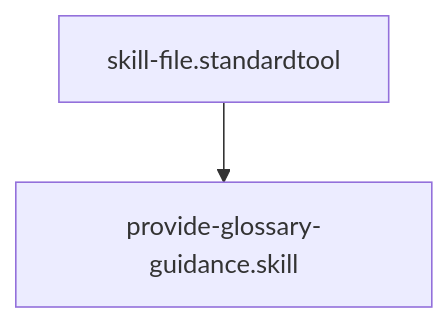
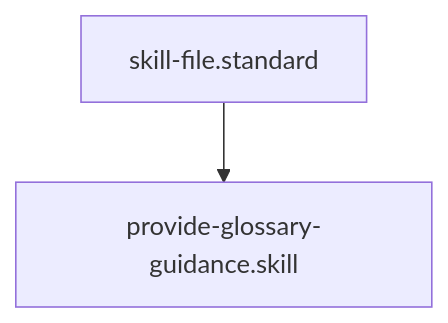
One commit to Gizmo4Life/ai-kernel changed the diagram in skills/provide-glossary-guidance.skill.md. Above: the diagram before and after it, drawn with Mermaid. The commit also changed other lines of this file and 89 other files, not shown here.

````diff
--- a/skills/provide-glossary-guidance.skill.md
+++ b/skills/provide-glossary-guidance.skill.md
@@ -26,4 +27,4 @@
 ```mermaid
 graph TD
-    skill-file.standardtool --> provide-glossary-guidance.skill
+    skill-file.standard --> provide-glossary-guidance.skill
 ```
````
